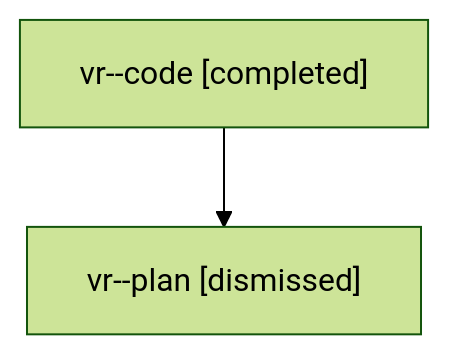
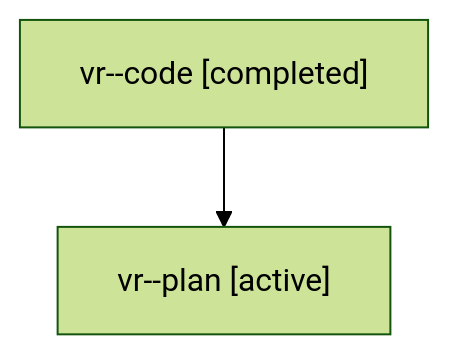
The diagram in families/bbugyi200.athena.vr.md (sase-org/sase--agents), drawn with Mermaid (forest theme) before and after one commit. The commit also changed other lines of this file and 35830 other files, not shown here.

````diff
--- a/families/bbugyi200.athena.vr.md
+++ b/families/bbugyi200.athena.vr.md
@@ -9,6 +9,6 @@
 ```mermaid
 flowchart TD
   n0["vr--code [completed]"]
-  n1["vr--plan [dismissed]"]
+  n1["vr--plan [active]"]
   n0 --> n1
 ```
````
